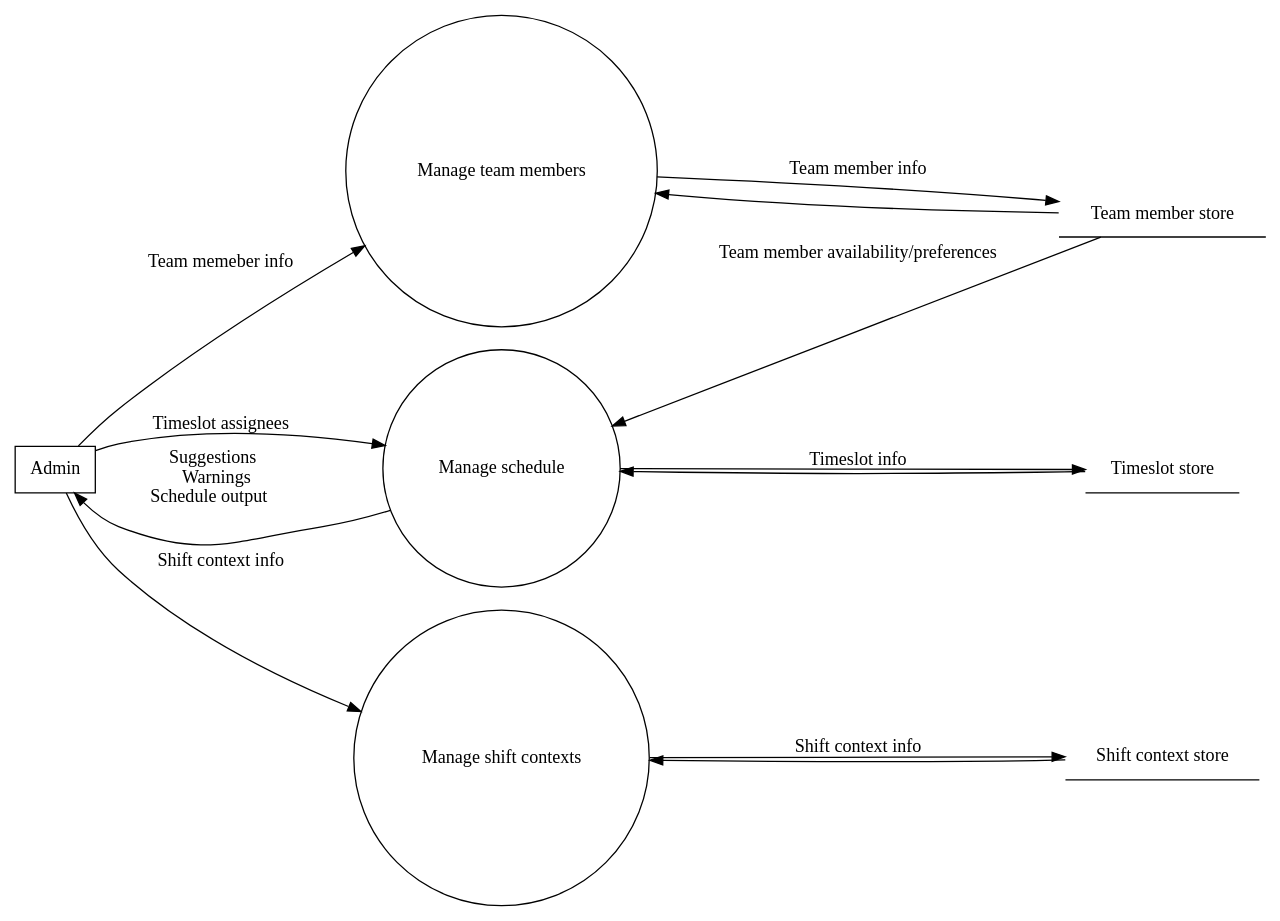
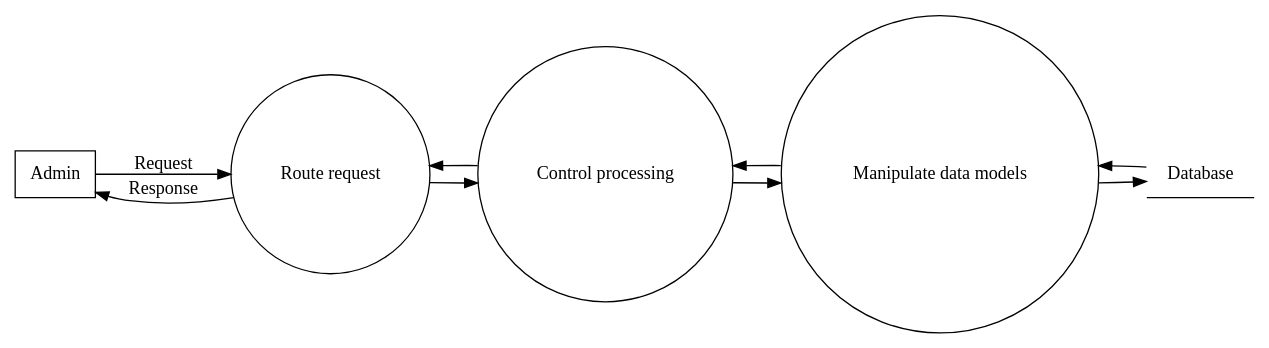
The diagram in docs/dfd_level_1.dot (luke-hamann/stc-cis-248), drawn with Graphviz before and after one commit.

```diff
--- a/docs/dfd_level_1.dot
+++ b/docs/dfd_level_1.dot
@@ -1,43 +1,18 @@
 digraph data_flow_diagram {
     rankdir = "LR"
-    
     node [ shape = circle ]
     
     Admin [ shape = box ]
     
-    subgraph controllers {
-        rank = "same"
-        
-        "Manage team members"
-        "Manage shift contexts"
-        "Manage schedule"
-    }
+    Admin -> "Route request" [ label = "Request" ]
+    "Route request" -> Admin [ label = "Response" ]
+    "Route request" -> "Control processing" [ label = "" ]
+    "Control processing" -> "Route request" [ label = "" ]
+    "Control processing" -> "Manipulate data models" [ label = "" ]
+    "Manipulate data models" -> "Control processing" [ label = "" ]
+    "Manipulate data models" -> "Database"
     
-    subgraph data_stores {
-        node [ shape = underline ]
-        rank = "same"
-        
-        "Team member store"
-        "Shift context store"
-        "Timeslot store"
-    }
+    "Database" [ shape = underline ]
     
-    Admin -> "Manage team members" [ label = "Team memeber info" ]
-    Admin -> "Manage shift contexts" [ label = "Shift context info" ]
-    Admin -> "Manage schedule" [ label = "Timeslot assignees" ]
-    
-    "Manage schedule" -> Admin [ label = <
-        Suggestions <br />
-        Warnings <br />
-        Schedule output <br />
-    > ]
-    
-    "Manage team members" -> "Team member store" [ label = "Team member info" ]
-    "Team member store" -> "Manage team members"
-    "Manage shift contexts" -> "Shift context store" [ label = "Shift context info"]
-    "Shift context store" -> "Manage shift contexts"
-    "Manage schedule" -> "Timeslot store" [ label = "Timeslot info" ]
-    "Timeslot store" -> "Manage schedule"
-    
-    "Team member store" -> "Manage schedule"  [ label = "Team member availability/preferences" ]
+    "Database" -> "Manipulate data models"
 }
```
